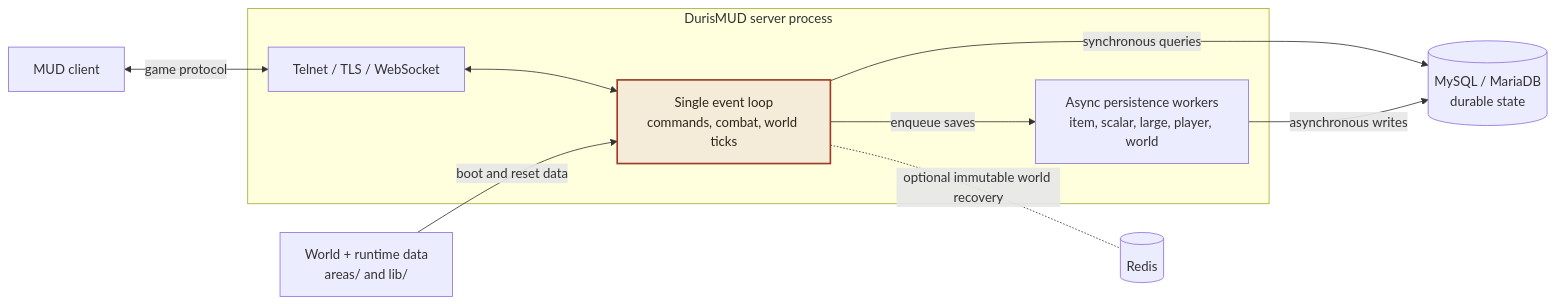
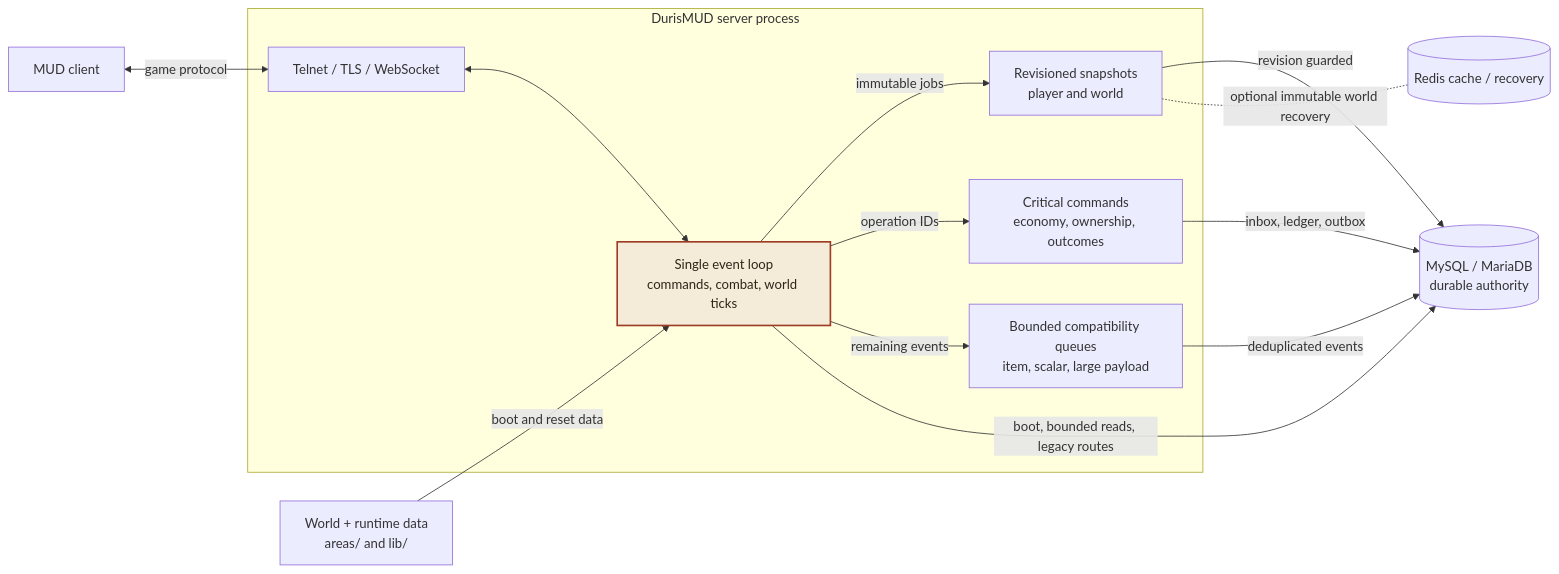
The diagram in README.md (Community-Duris/Duris), drawn with Mermaid before and after one commit. The commit also changed other lines of this file and 20 other files, not shown here.

````diff
--- a/README.md
+++ b/README.md
@@ -29,23 +29,29 @@
 ```mermaid
 flowchart LR
     Player["MUD client"]
 
     subgraph Server["DurisMUD server process"]
         Network["Telnet / TLS / WebSocket"]
         Loop["Single event loop<br/>commands, combat, world ticks"]
-        Workers["Async persistence workers<br/>item, scalar, large, player, world"]
+        Snapshots["Revisioned snapshots<br/>player and world"]
+        Commands["Critical commands<br/>economy, ownership, outcomes"]
+        Legacy["Bounded compatibility queues<br/>item, scalar, large payload"]
 
         Network <--> Loop
-        Loop -->|enqueue saves| Workers
+        Loop -->|immutable jobs| Snapshots
+        Loop -->|operation IDs| Commands
+        Loop -->|remaining events| Legacy
     end
 
     Content["World + runtime data<br/>areas/ and lib/"]
     Content -->|boot and reset data| Loop
-    Loop -->|synchronous queries| Database[("MySQL / MariaDB<br/>durable state")]
-    Workers -->|asynchronous writes| Database
-    Loop -.-|optional immutable world recovery| Redis[("Redis")]
+    Loop -->|boot, bounded reads, legacy routes| Database[("MySQL / MariaDB<br/>durable authority")]
+    Snapshots -->|revision guarded| Database
+    Commands -->|inbox, ledger, outbox| Database
+    Legacy -->|deduplicated events| Database
+    Snapshots -.-|optional immutable world recovery| Redis[("Redis cache / recovery")]
     Player <-->|game protocol| Network
 
     classDef focal fill:#f4ecd9,stroke:#9e3b25,color:#2e2418,stroke-width:2px;
     class Loop focal;
 ```
````
